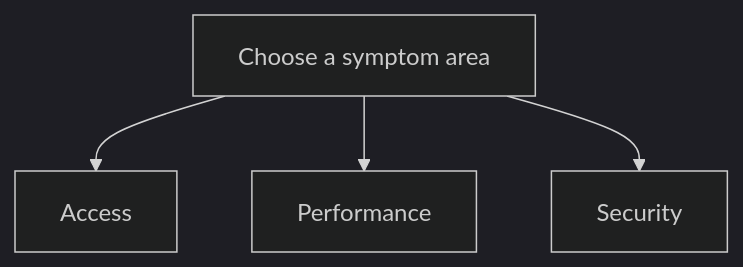
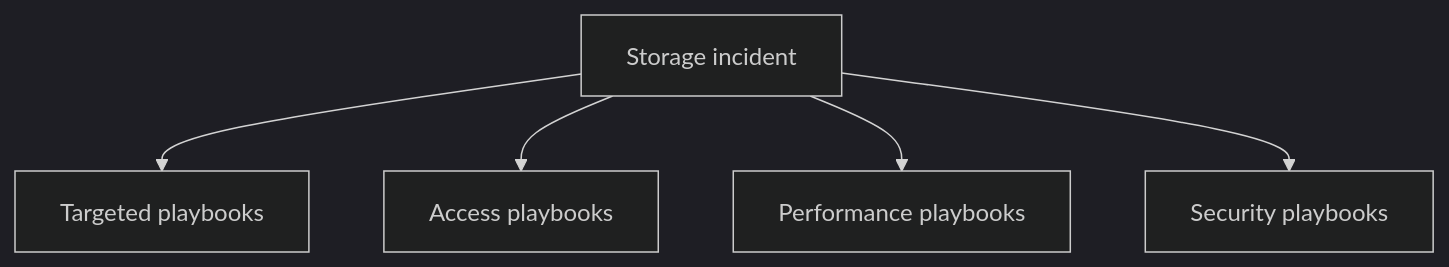
Before and after one commit to yeongseon/azure-storage-practical-guide: the diagram in docs/troubleshooting/playbooks/index.md, drawn with Mermaid (dark theme). The commit also changed other lines of this file and 26 other files, not shown here.

````diff
--- a/docs/troubleshooting/playbooks/index.md
+++ b/docs/troubleshooting/playbooks/index.md
@@ -5,6 +5,7 @@
 ```mermaid
 flowchart TD
-    A[Choose a symptom area] --> B[Access]
-    A --> C[Performance]
-    A --> D[Security]
+    A[Storage incident] --> B[Targeted playbooks]
+    A --> C[Access playbooks]
+    A --> D[Performance playbooks]
+    A --> E[Security playbooks]
 ```
````
